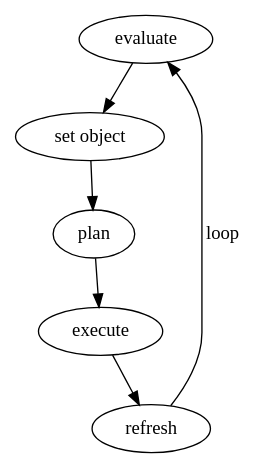
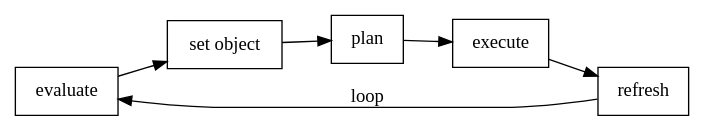
One commit to DreamAndDead/DreamAndDead.github.io changed the diagram in org/goal-theory/index.org. Above: the diagram before and after it, drawn with Graphviz. The commit also changed other lines of this file and 38 other files, not shown here.

```diff
--- a/org/goal-theory/index.org
+++ b/org/goal-theory/index.org
@@ -86,6 +198,9 @@
 #+begin_src dot :file images/theory-loop.png
 digraph {
+	rankdir=LR;
+	node[shape=rectangle];
+	
     evaluate -> "set object" -> plan -> execute -> refresh;
     refresh -> evaluate[label="loop"];
 }
 #+end_src
```
